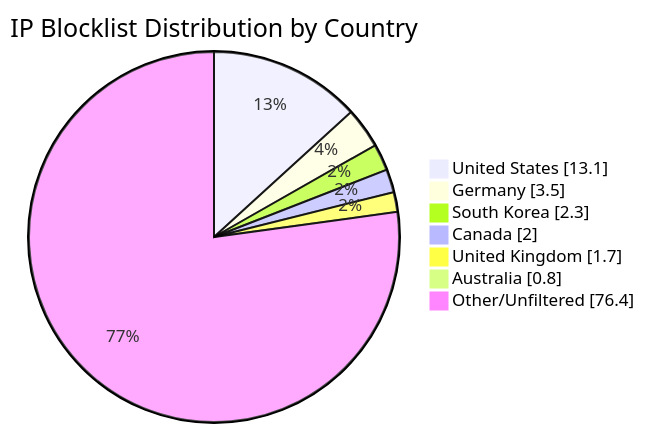
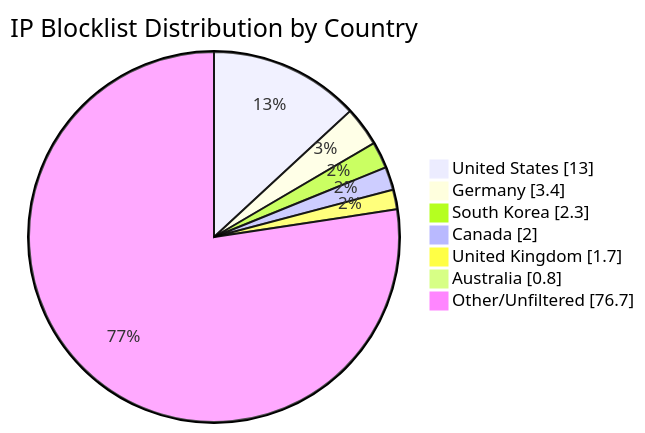
One commit to MarcusHoltz/ipblocklist-geofiltered-aggregator changed the diagram in README.md. Above: the diagram before and after it, drawn with Mermaid. The commit also changed other lines of this file and 9 other files, not shown here.

````diff
--- a/README.md
+++ b/README.md
@@ -34,10 +34,10 @@
 ```mermaid
 pie showData title IP Blocklist Distribution by Country
-"United States" : 13.1
-"Germany" : 3.5
+"United States" : 13.0
+"Germany" : 3.4
 "South Korea" : 2.3
 "Canada" : 2.0
 "United Kingdom" : 1.7
 "Australia" : 0.8
-"Other/Unfiltered" : 76.4
+"Other/Unfiltered" : 76.7
 ```
````
